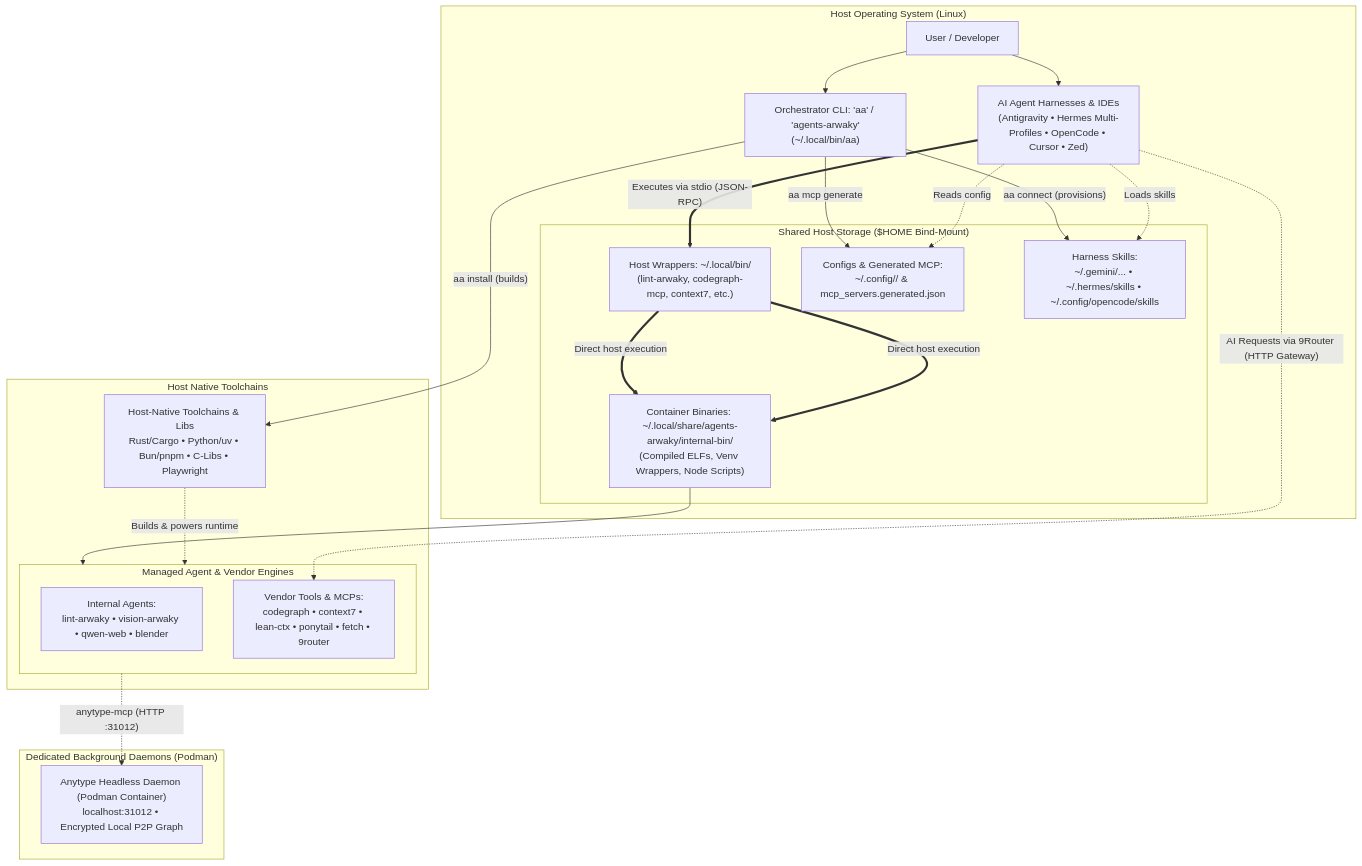
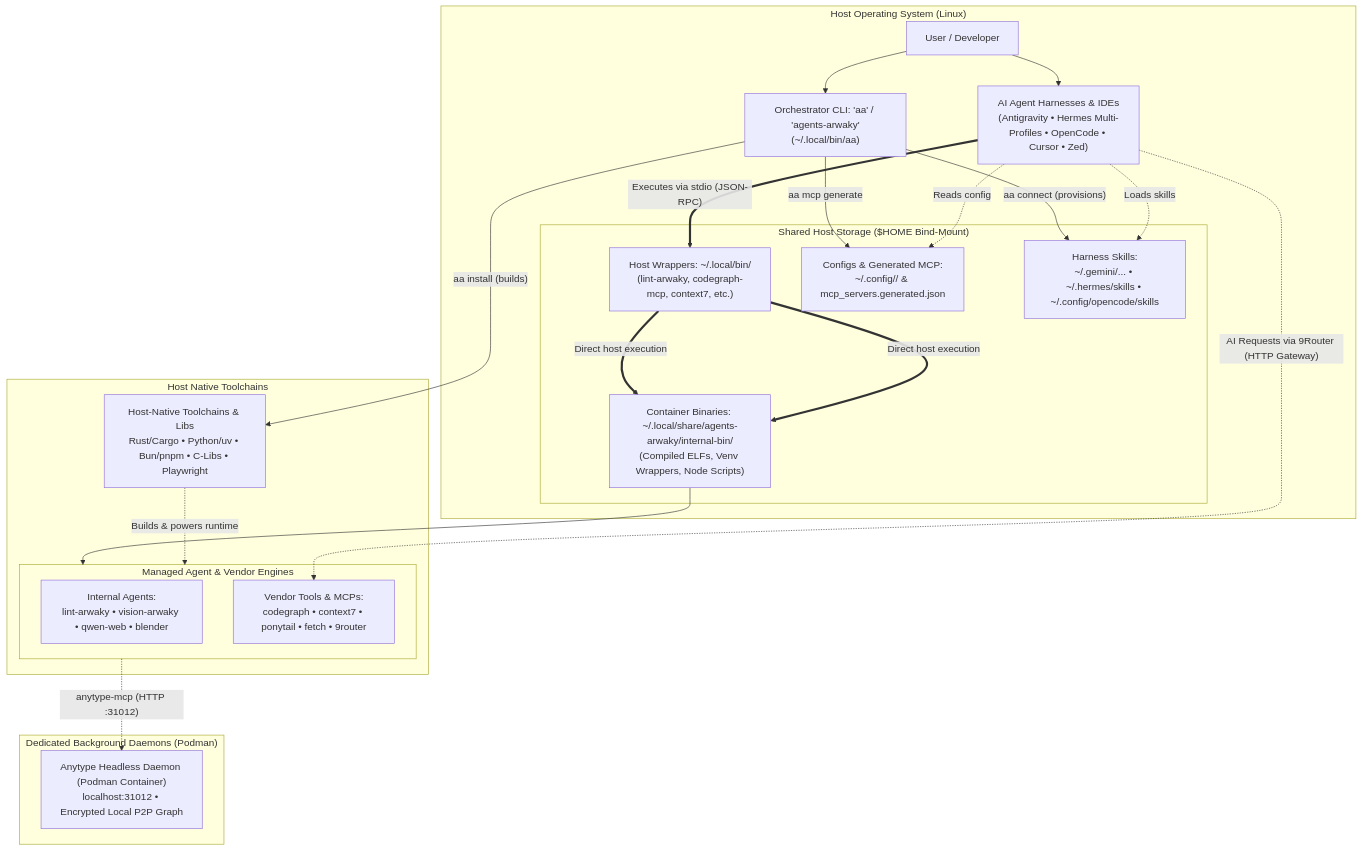
One commit to rakaarwaky/agents-arwaky changed the diagram in README.md. Above: the diagram before and after it, drawn with Mermaid. The commit also changed other lines of this file and 27 other files, not shown here.

First line of the commit message:
refactor(tools): overhaul lifecycle management and remove lean-ctx

````diff
--- a/README.md
+++ b/README.md
@@ -48,52 +48,52 @@
 ```mermaid
 flowchart TB
     subgraph HostOS["Host Operating System (Linux)"]
         User["User / Developer"]
         Harnesses["AI Agent Harnesses & IDEs\n(Antigravity • Hermes Multi-Profiles • OpenCode • Cursor • Zed)"]
         CLI["Orchestrator CLI: 'aa' / 'agents-arwaky'\n(~/.local/bin/aa)"]
       
         subgraph XDGShared["Shared Host Storage ($HOME Bind-Mount)"]
             Launchers["Host Wrappers: ~/.local/bin/\n(lint-arwaky, codegraph-mcp, context7, etc.)"]
             InternalBin["Container Binaries: ~/.local/share/agents-arwaky/internal-bin/\n(Compiled ELFs, Venv Wrappers, Node Scripts)"]
             XDGConfigs["Configs & Generated MCP:\n~/.config/<tool>/ & mcp_servers.generated.json"]
             XDGSkills["Harness Skills:\n~/.gemini/... • ~/.hermes/skills • ~/.config/opencode/skills"]
         end
     end
 
     subgraph HostToolchain["Host Native Toolchains"]
         IsolatedRuntimes["Host-Native Toolchains & Libs\nRust/Cargo • Python/uv • Bun/pnpm • C-Libs • Playwright"]
 
         subgraph AgentsAndTools["Managed Agent & Vendor Engines"]
             InternalAgents["Internal Agents:\nlint-arwaky • vision-arwaky • qwen-web • blender"]
-            VendorTools["Vendor Tools & MCPs:\ncodegraph • context7 • lean-ctx • ponytail • fetch • 9router"]
+            VendorTools["Vendor Tools & MCPs:\ncodegraph • context7 • ponytail • fetch • 9router"]
         end
     end
 
     subgraph SidecarServices["Dedicated Background Daemons (Podman)"]
         AnytypeDaemon["Anytype Headless Daemon (Podman Container)\nlocalhost:31012 • Encrypted Local P2P Graph"]
     end
 
     %% User & CLI interactions
     User --> CLI
     User --> Harnesses
     CLI -- "aa connect (provisions)" --> XDGSkills
     CLI -- "aa mcp generate" --> XDGConfigs
     CLI -- "aa install (builds)" --> IsolatedRuntimes
 
     %% Host-native execution
     Launchers == "Direct host execution" ==> InternalBin
 
     %% Harness interactions
     Harnesses -. "Reads config" .-> XDGConfigs
     Harnesses -. "Loads skills" .-> XDGSkills
     Harnesses == "Executes via stdio (JSON-RPC)" ==> Launchers
 
     %% Host-native execution
     Launchers == "Direct host execution" ==> InternalBin
     InternalBin --> AgentsAndTools
     IsolatedRuntimes -. "Builds & powers runtime" .-> AgentsAndTools
 
     %% Daemons & Services
     AgentsAndTools -. "anytype-mcp (HTTP :31012)" .-> AnytypeDaemon
     Harnesses -. "AI Requests via 9Router (HTTP Gateway)" .-> VendorTools
 ```
````
